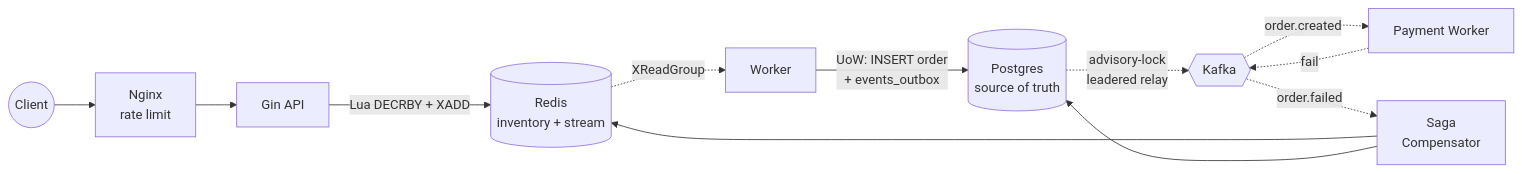
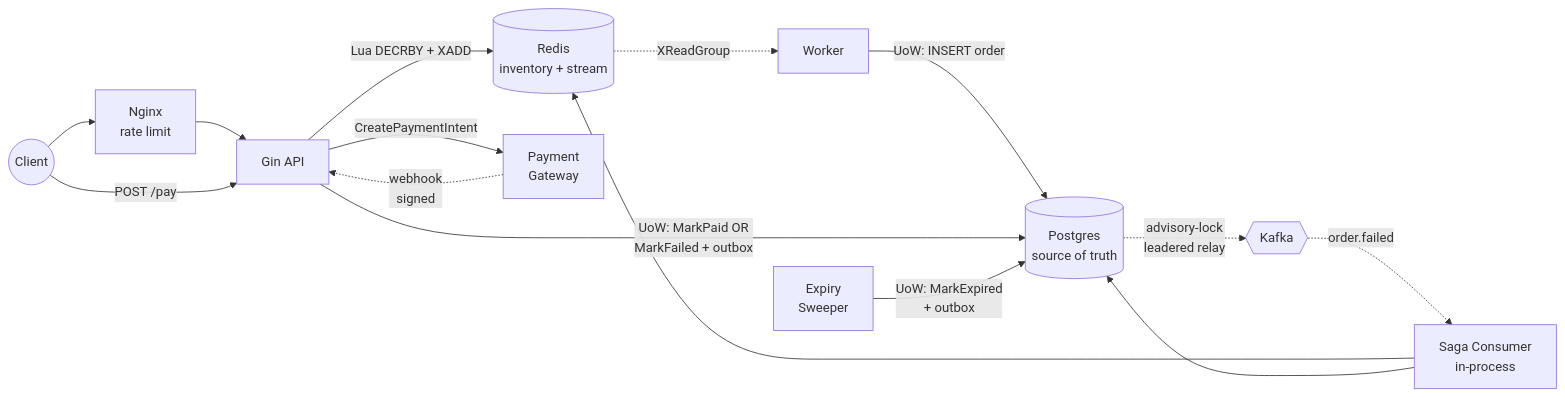
One commit to Leon180/booking_monitor changed the first of 6 diagrams in README.md. Above: the diagram before and after it, drawn with Mermaid. The commit also changed other lines of this file and 57 other files, not shown here.

````diff
--- a/README.md
+++ b/README.md
@@ -11,14 +11,17 @@
 ```mermaid
 flowchart LR
     Client((Client)) --> Nginx[Nginx<br/>rate limit]
     Nginx --> API[Gin API]
     API -->|Lua DECRBY + XADD| Redis[(Redis<br/>inventory + stream)]
     Redis -.->|XReadGroup| Worker
-    Worker -->|UoW: INSERT order<br/>+ events_outbox| PG[(Postgres<br/>source of truth)]
+    Worker -->|UoW: INSERT order| PG[(Postgres<br/>source of truth)]
+    Client -->|POST /pay| API
+    API -->|CreatePaymentIntent| Gateway[Payment<br/>Gateway]
+    Gateway -.->|webhook<br/>signed| API
+    API -->|UoW: MarkPaid OR<br/>MarkFailed + outbox| PG
+    Sweeper[Expiry<br/>Sweeper] -->|UoW: MarkExpired<br/>+ outbox| PG
     PG -.->|advisory-lock<br/>leadered relay| Kafka{{Kafka}}
-    Kafka -.->|order.created| Payment[Payment Worker]
-    Payment -.->|fail| Kafka
-    Kafka -.->|order.failed| Saga[Saga<br/>Compensator]
+    Kafka -.->|order.failed| Saga[Saga Consumer<br/>in-process]
     Saga --> Redis
     Saga --> PG
 ```
````
